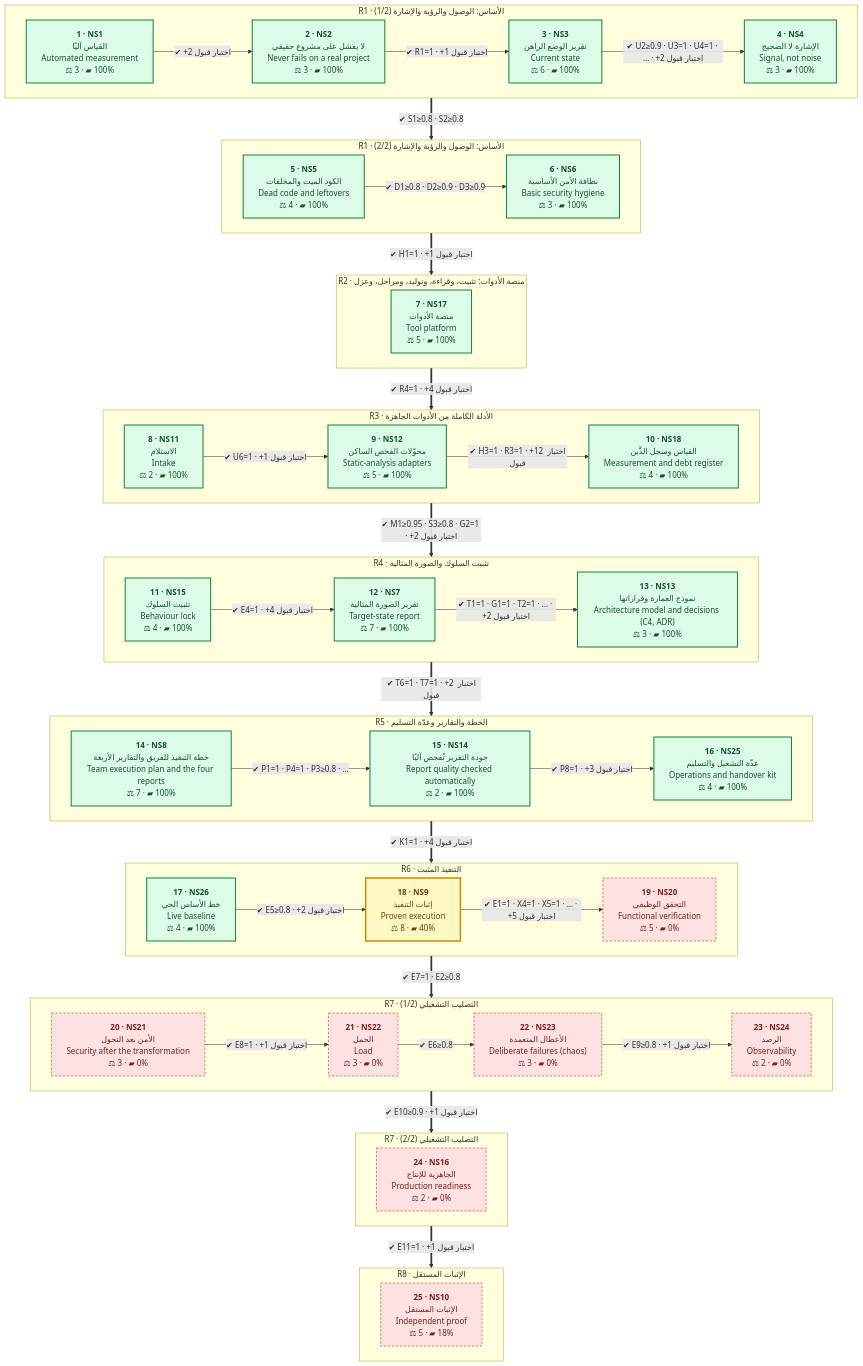
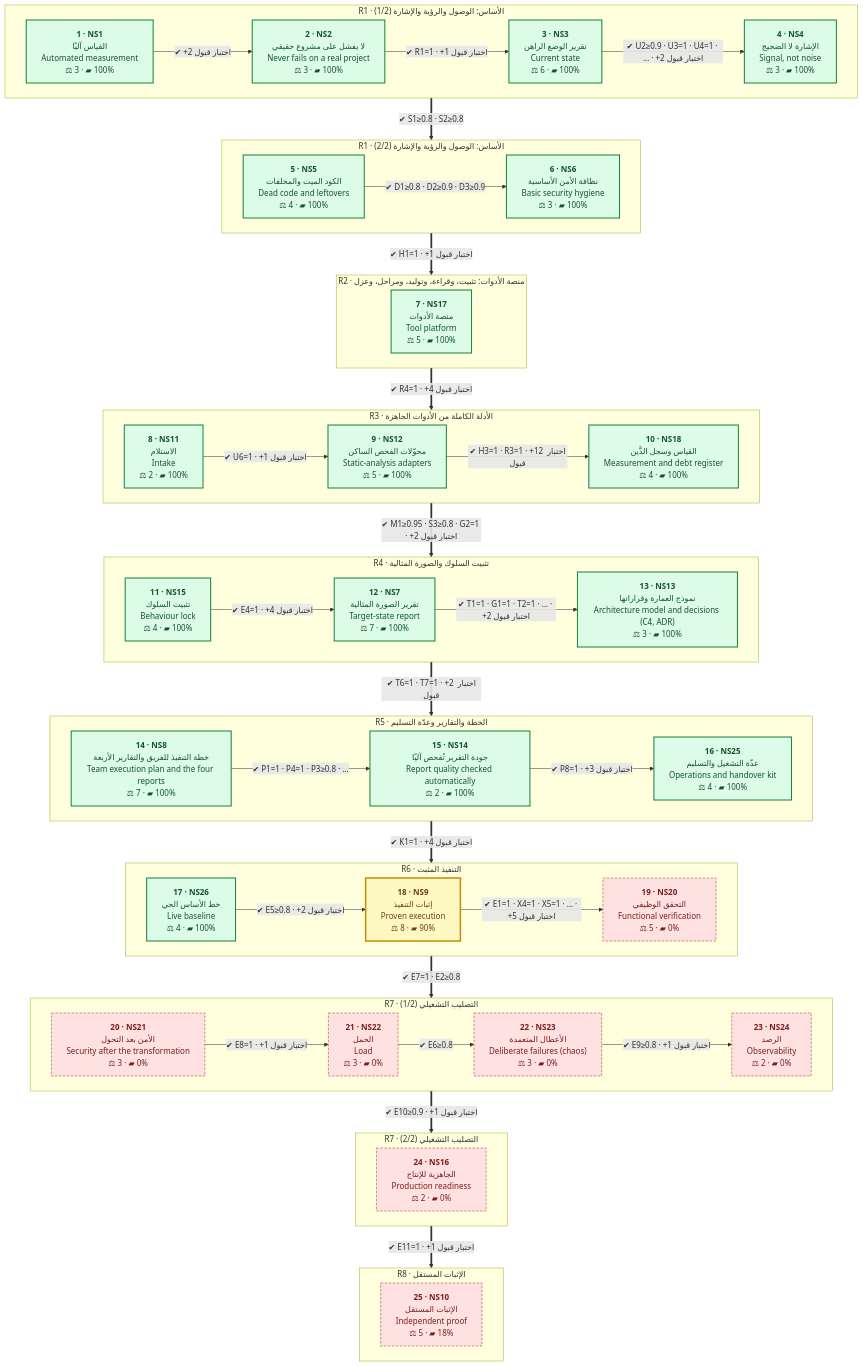
The first of 2 diagrams in docs/NORTH-STAR.md (eom1417/engineering-audit-os), drawn with Mermaid before and after one commit. The commit also changed other lines of this file and 7 other files, not shown here.

```diff
--- a/docs/NORTH-STAR.md
+++ b/docs/NORTH-STAR.md
@@ -76,7 +76,7 @@
     subgraph R6_1["R6 · التنفيذ المثبت"]
         direction LR
         NS26["<b>17 · NS26</b><br/>خط الأساس الحي<br/>Live baseline<br/>⚖ 4 · ▰ 100%"]:::done
-        NS9["<b>18 · NS9</b><br/>إثبات التنفيذ<br/>Proven execution<br/>⚖ 8 · ▰ 40%"]:::current
+        NS9["<b>18 · NS9</b><br/>إثبات التنفيذ<br/>Proven execution<br/>⚖ 8 · ▰ 90%"]:::current
         NS20["<b>19 · NS20</b><br/>التحقق الوظيفي<br/>Functional verification<br/>⚖ 5 · ▰ 0%"]:::owner
         NS26 -->|"✔ E5≥0.8 · +2 اختبار قبول"| NS9
         NS9 -->|"✔ E1=1 · X4=1 · X5=1 · … · +5 اختبار قبول"| NS20
```
